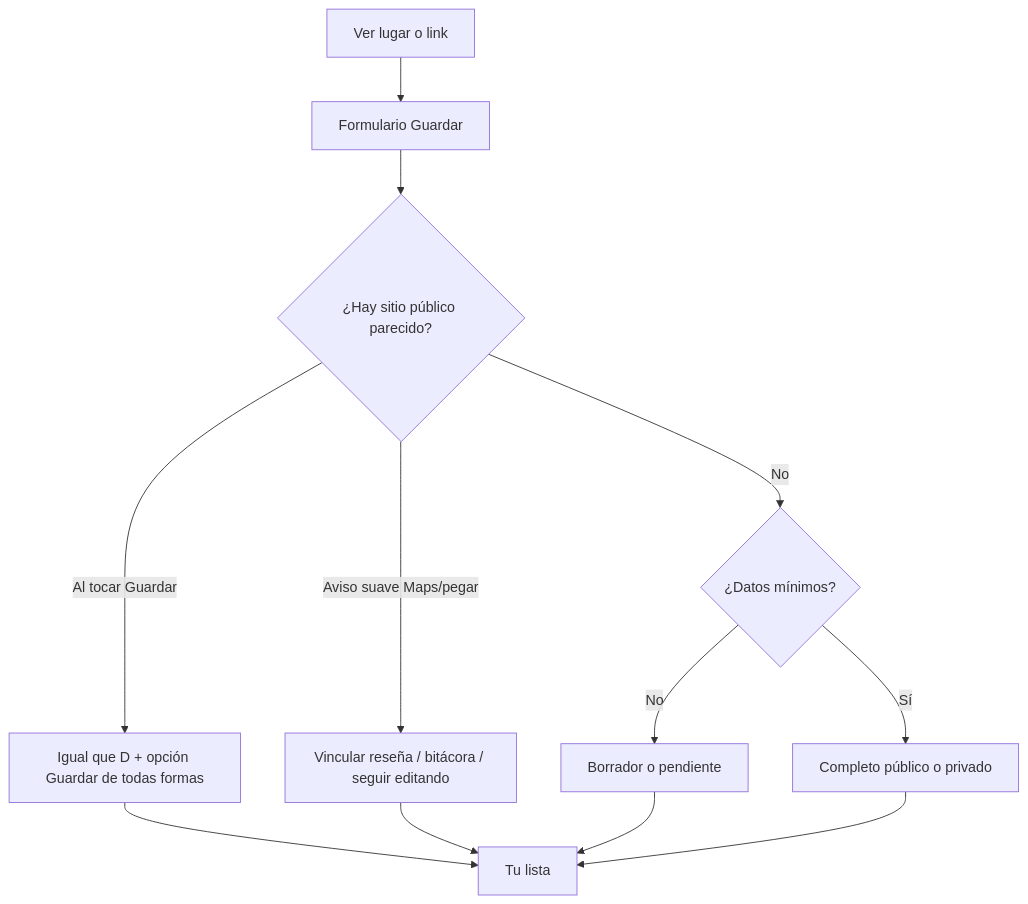
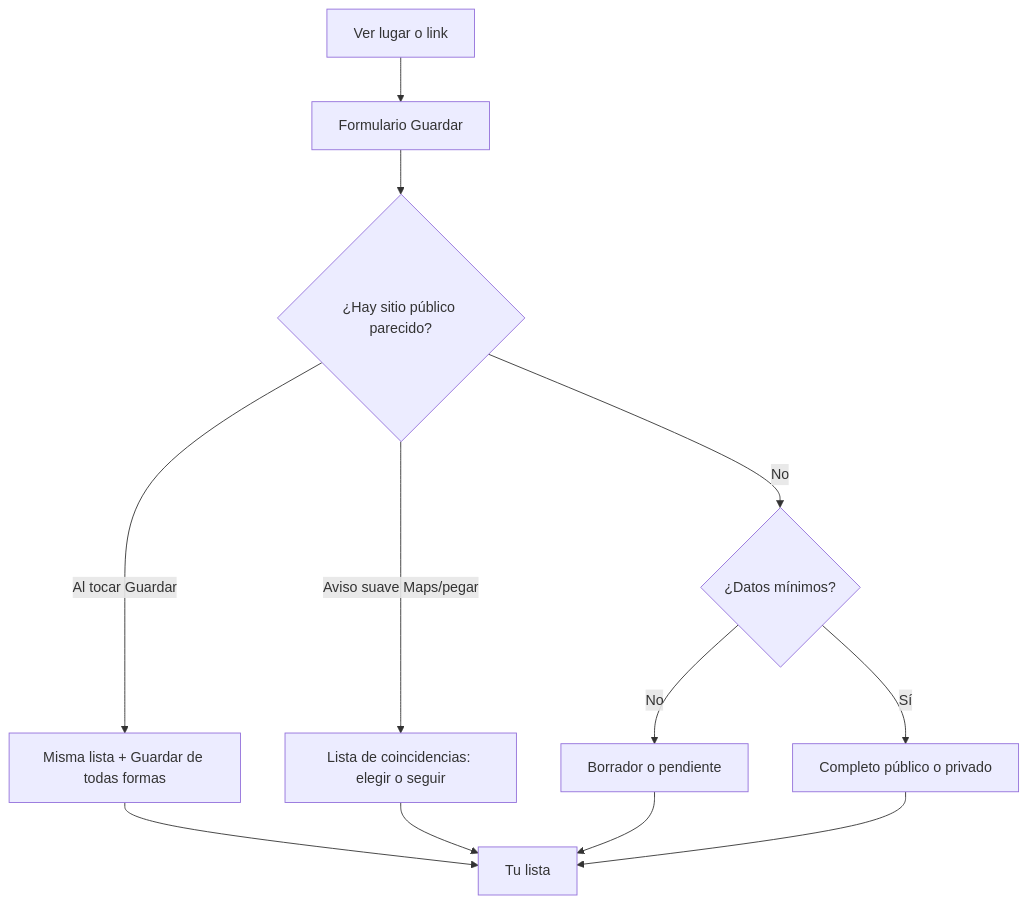
One commit to johntibagan/chevere_plan changed the second of 6 diagrams in docs/aplicacion-actual.md. Above: the diagram before and after it, drawn with Mermaid. The commit also changed other lines of this file and 34 other files, not shown here.

````diff
--- a/docs/aplicacion-actual.md
+++ b/docs/aplicacion-actual.md
@@ -95,14 +95,14 @@
 ```mermaid
 flowchart TD
   A[Ver lugar o link] --> B[Formulario Guardar]
   B --> C{¿Hay sitio público parecido?}
-  C -->|Aviso suave Maps/pegar| D[Vincular reseña / bitácora / seguir editando]
-  C -->|Al tocar Guardar| E[Igual que D + opción Guardar de todas formas]
+  C -->|Aviso suave Maps/pegar| D[Lista de coincidencias: elegir o seguir]
+  C -->|Al tocar Guardar| E[Misma lista + Guardar de todas formas]
   E --> F[Tu lista]
   D --> F
   C -->|No| G{¿Datos mínimos?}
   G -->|No| H[Borrador o pendiente]
   G -->|Sí| I[Completo público o privado]
   H --> F
   I --> F
 ```
````
